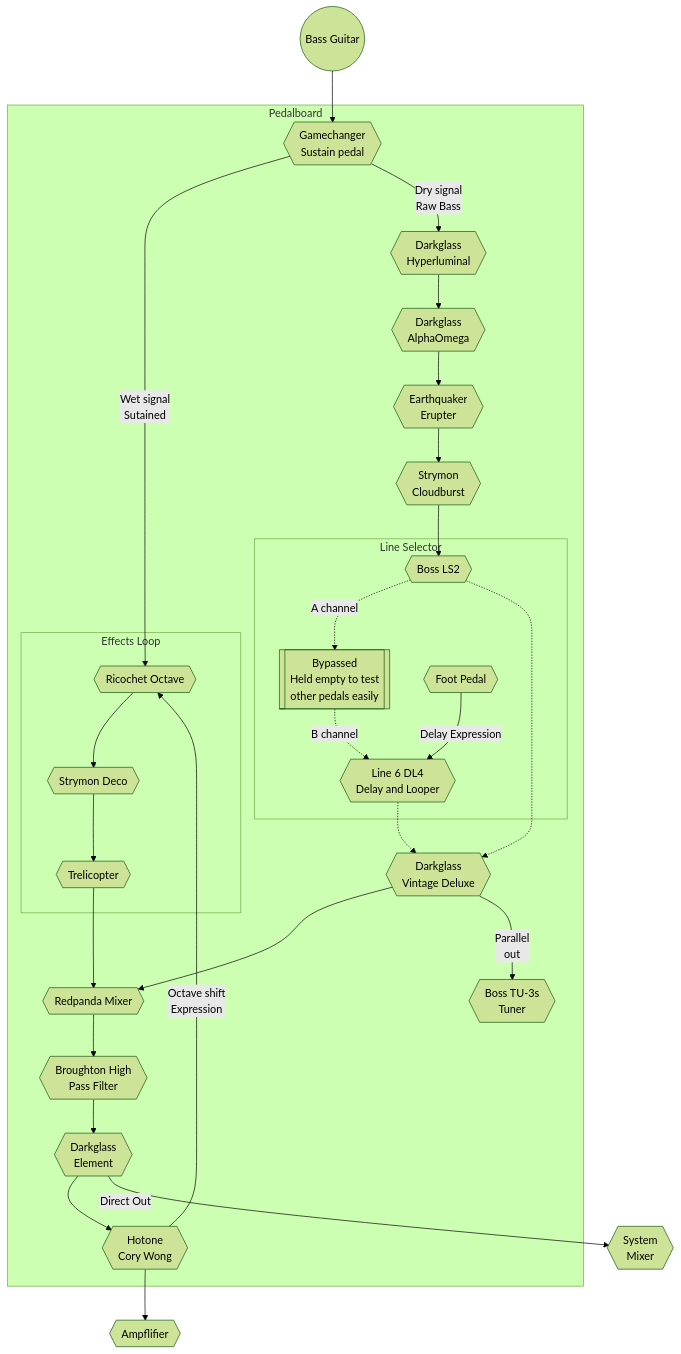
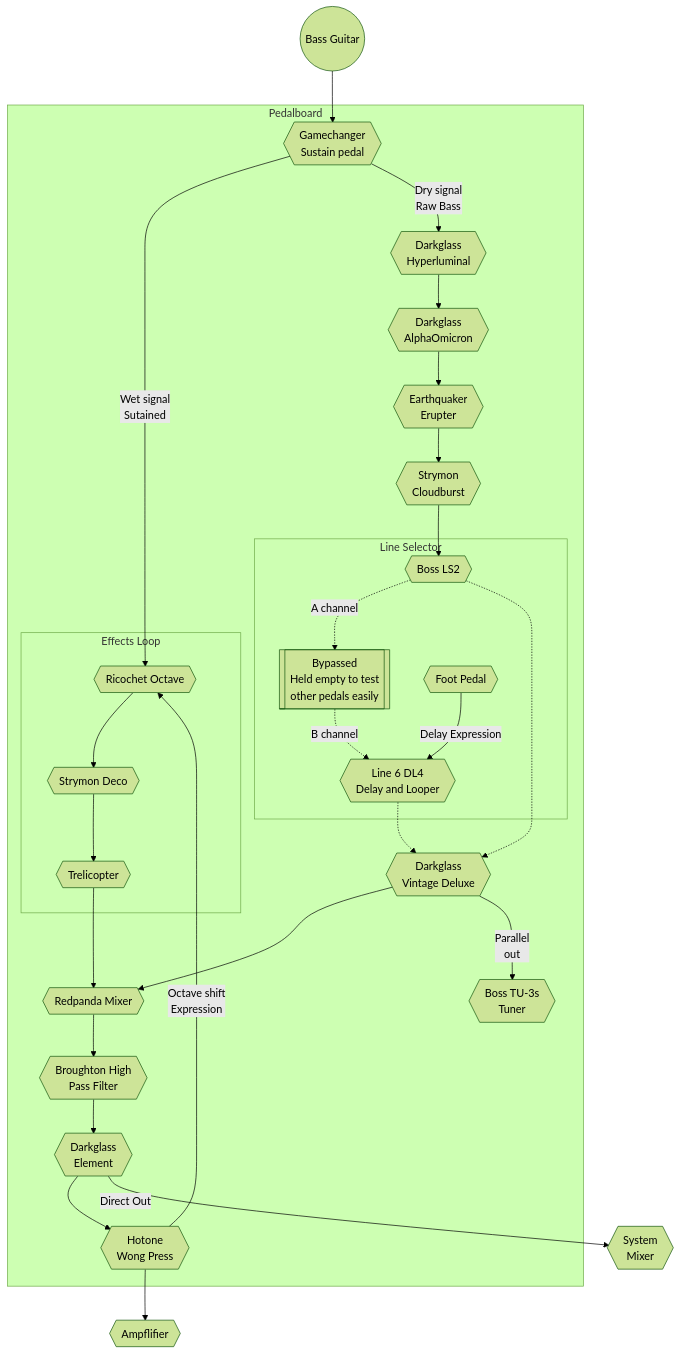
Before and after one commit to terrafied/TardisBoard: the diagram in README.md, drawn with Mermaid (forest theme). The commit also changed other lines of this file, not shown here.

````diff
--- a/README.md
+++ b/README.md
@@ -4,45 +7,45 @@
 ```mermaid
 flowchart  
 
     bass((Bass Guitar)) --> gc{{Gamechanger<br/>Sustain pedal}}
 
     subgraph Pedalboard
 
             gc --> | Wet signal <br/> Sutained | octave{{Ricochet Octave}}
             gc --> | Dry signal <br/> Raw Bass | hyper{{Darkglass <br/> Hyperluminal}}
 
         subgraph Effects Loop   
             octave --> deco{{Strymon Deco}}
             deco --> trem{{Trelicopter}}
         end
         trem --> mixer{{Redpanda Mixer}}
 
-        hyper -->alpha{{Darkglass <br/> AlphaOmega}}
+        hyper -->alpha{{Darkglass <br/> AlphaOmicron}}
         alpha -->fuzz{{Earthquaker <br/> Erupter}}
         fuzz --> cloud{{Strymon <br/> Cloudburst}}
 
         cloud --> ls2{{Boss LS2}}
 
         subgraph Line Selector
             ls2 -.-> | A channel | na[[Bypassed <br/> Held empty to test<br/>other pedals easily]]
             na -.-> | B channel | dl4{{Line 6 DL4 <br/> Delay and Looper}}
             exp{{Foot Pedal}} --> |Delay Expression| dl4
         end
 
         dl4 -.-> vintage{{Darkglass <br/> Vintage Deluxe}}
         ls2 -.-> vintage
         vintage --> mixer
 
         vintage --> |Parallel <br/> out| tu3{{Boss TU-3s <br/> Tuner}}
 
         mixer --> hpf{{Broughton High <br/> Pass Filter}}
         hpf --> element{{Darkglass <br/> Element}}
 
-        element --> volume{{Hotone <br/> Cory Wong}}
+        element --> volume{{Hotone <br/> Wong Press}}
         volume --> | Octave shift <br/> Expression | octave
     end
 
     element --> | Direct Out | sys{{System <br/> Mixer}}
 
     volume --> amp{{Ampflifier}}
 ```
````
